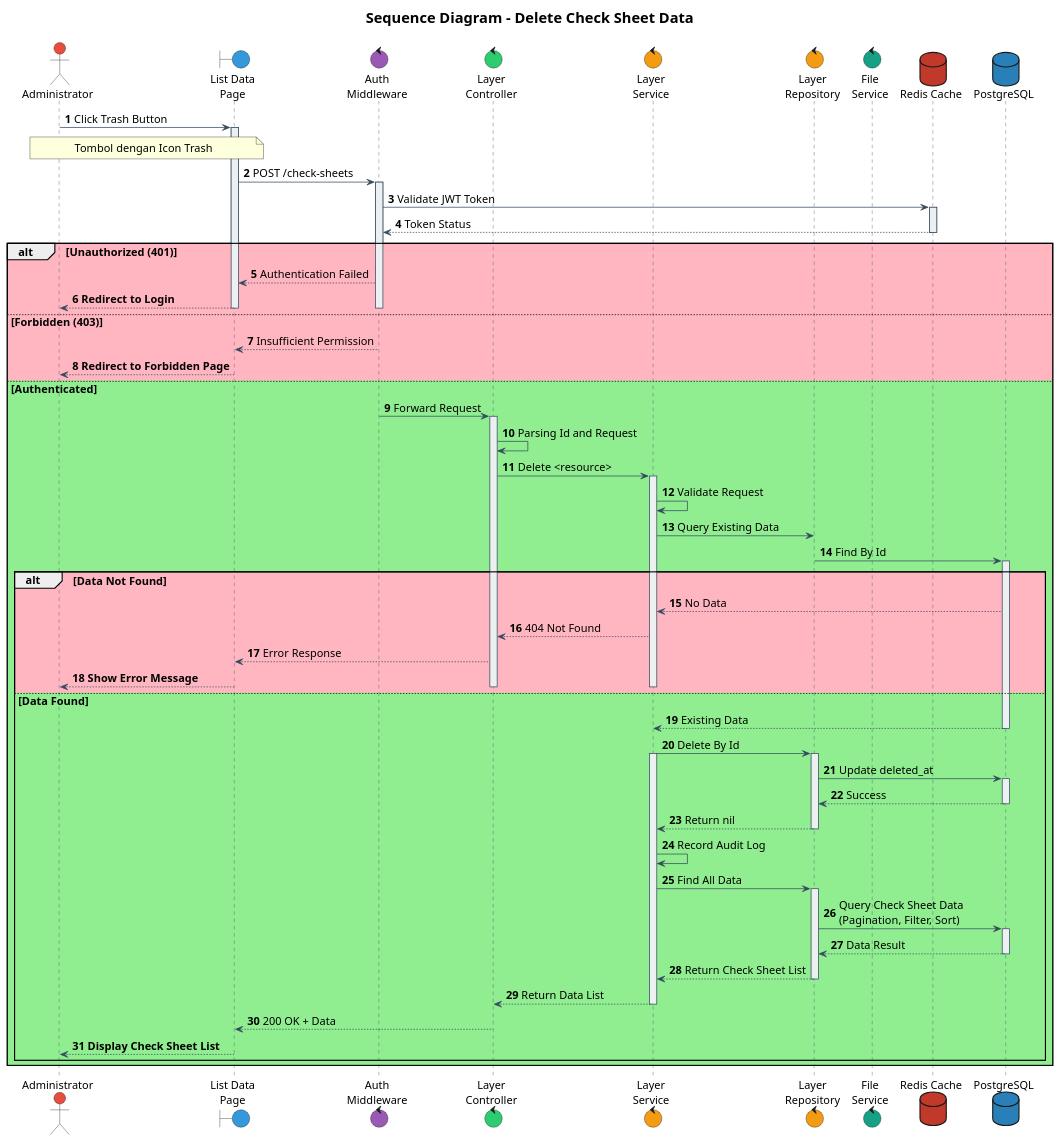
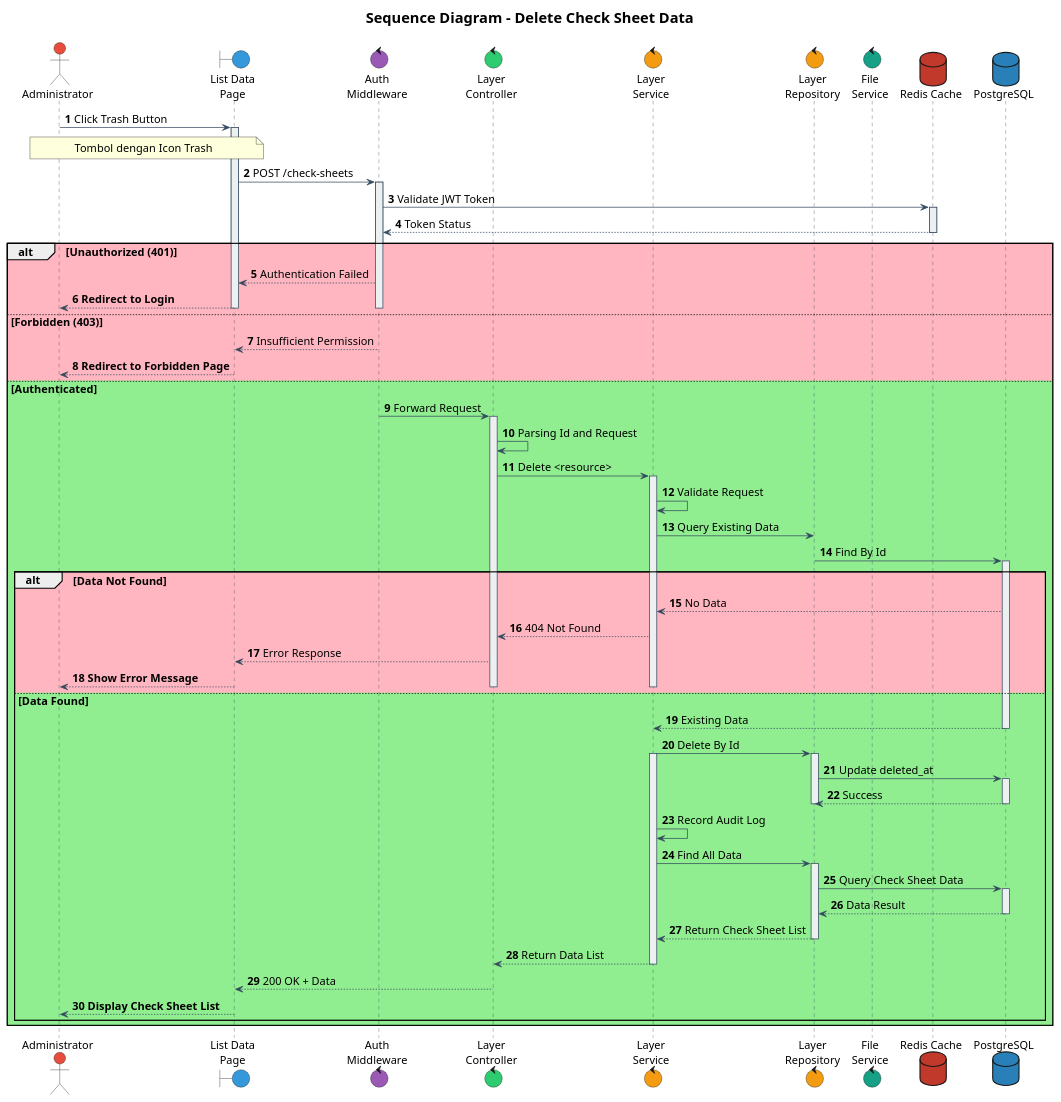
One commit to IntConnect/go-intconnect-api changed the diagram in documentation/sequence/document/check-sheet/delete.puml. Above: the diagram before and after it, drawn with PlantUML. The commit also changed 2 other files, not shown here.

```diff
--- a/documentation/sequence/document/check-sheet/delete.puml
+++ b/documentation/sequence/document/check-sheet/delete.puml
@@ -1,136 +1,135 @@
 @startuml
 
 ' Font configuration
 skinparam defaultFontName Times New Roman
 skinparam defaultFontSize 15
 
 ' Participant styling
 skinparam participant {
     BackgroundColor #ECF0F1
     BorderColor #34495E
     FontColor Black
     FontName Times New Roman
     FontSize 15
 }
 
 skinparam sequence {
     ArrowColor #34495E
     LifeLineBorderColor #34495E
     LifeLineBackgroundColor #ECF0F1
     ArrowFontName Times New Roman
     ArrowFontSize 15
 }
 
 skinparam actorFontSize 15
 skinparam noteFontSize 15
 skinparam noteFontName "Times New Roman"
 
 ' Actors and components
 actor "Administrator" as admin #E74C3C
 boundary "List Data\nPage" as boundListData #3498DB
 control "Auth\nMiddleware" as authMiddleware #9B59B6
 control "Layer\nController" as controller #2ECC71
 control "Layer\nService" as service #F39C12
 control "Layer\nRepository" as repository #F39C12
 control "File\nService" as fileService #16A085
 database "Redis Cache" as dbRedis #C0392B
 database "PostgreSQL" as dbPsql #2980B9
 
 title
 <size:20><b>Sequence Diagram - Delete Check Sheet Data</b></size>
 ----
 end title
 
 autonumber
 
 
 ' === FETCH EXISTING DATA ===
 admin -> boundListData: Click Trash Button
 note over admin, boundListData
 Tombol dengan Icon Trash
 end note
 activate boundListData
 
 boundListData -> authMiddleware: POST /check-sheets
 activate authMiddleware
 
 authMiddleware -> dbRedis: Validate JWT Token
 activate dbRedis
 dbRedis --> authMiddleware: Token Status
 deactivate dbRedis
 
 alt #LightPink Unauthorized (401)
     authMiddleware --> boundListData: Authentication Failed
     boundListData --> admin: **Redirect to Login**
     deactivate authMiddleware
     deactivate boundListData
 else #LightPink Forbidden (403)
     authMiddleware --> boundListData: Insufficient Permission
     boundListData --> admin: **Redirect to Forbidden Page**
     deactivate authMiddleware
     deactivate boundListData
 else #LightGreen Authenticated
 
     authMiddleware -> controller: Forward Request
     deactivate authMiddleware
     activate controller
 
     controller -> controller: Parsing Id and Request
     controller -> service: Delete <resource>
     activate service
 
 service -> service: Validate Request
     service -> repository: Query Existing Data
     repository -> dbPsql: Find By Id
     activate dbPsql
 
     alt #LightPink Data Not Found
         dbPsql --> service: No Data
         service --> controller: 404 Not Found
         controller --> boundListData: Error Response
         boundListData --> admin: **Show Error Message**
         deactivate service
         deactivate controller
         deactivate boundListData
 
     else #LightGreen Data Found
         dbPsql --> service: Existing Data
         deactivate dbPsql
 
 
             service -> repository: Delete By Id
             activate service
             activate repository
             repository -> dbPsql: Update deleted_at
              activate dbPsql
 
             dbPsql --> repository: Success
             deactivate dbPsql
-            repository --> service: Return nil
             deactivate repository
 
             service -> service: Record Audit Log
                     service -> repository: Find All Data
                     activate repository
 
-                    repository -> dbPsql: Query Check Sheet Data\n(Pagination, Filter, Sort)
+                    repository -> dbPsql: Query Check Sheet Data
                     activate dbPsql
                     dbPsql --> repository: Data Result
 deactivate dbPsql
 
                   repository --> service: Return Check Sheet List
                     deactivate repository
 
                     deactivate dbPsql
                     service --> controller: Return Data List
 
                     deactivate service
                         controller --> boundListData: 200 OK + Data
                     deactivate controller
                     boundListData --> admin: **Display Check Sheet List**
                     deactivate boundListData
 
                 end
 end
 
 @enduml
```
